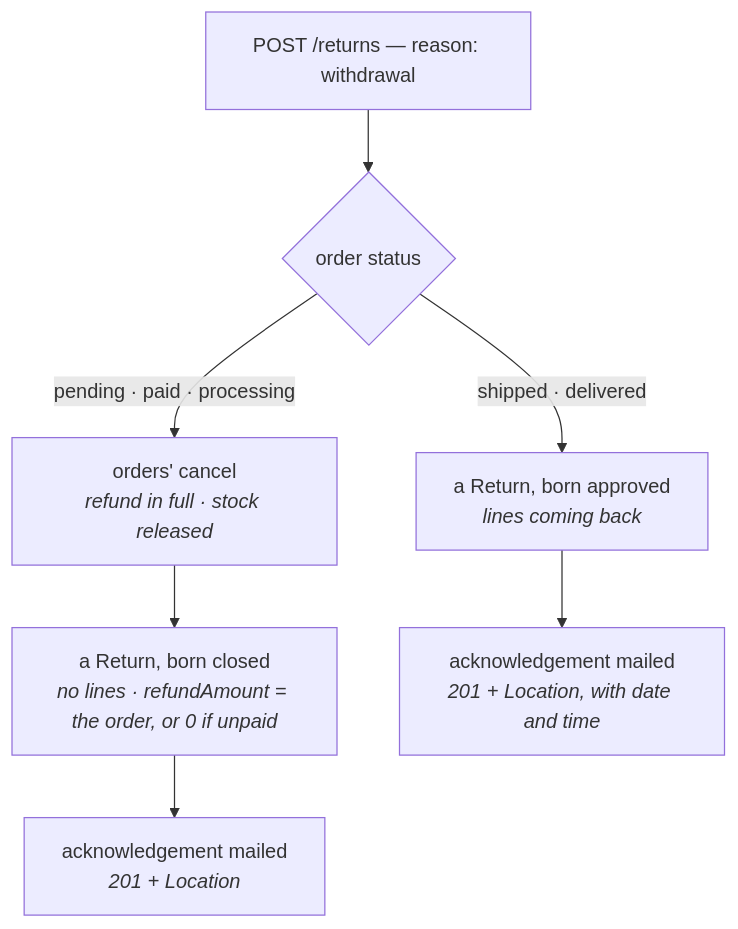
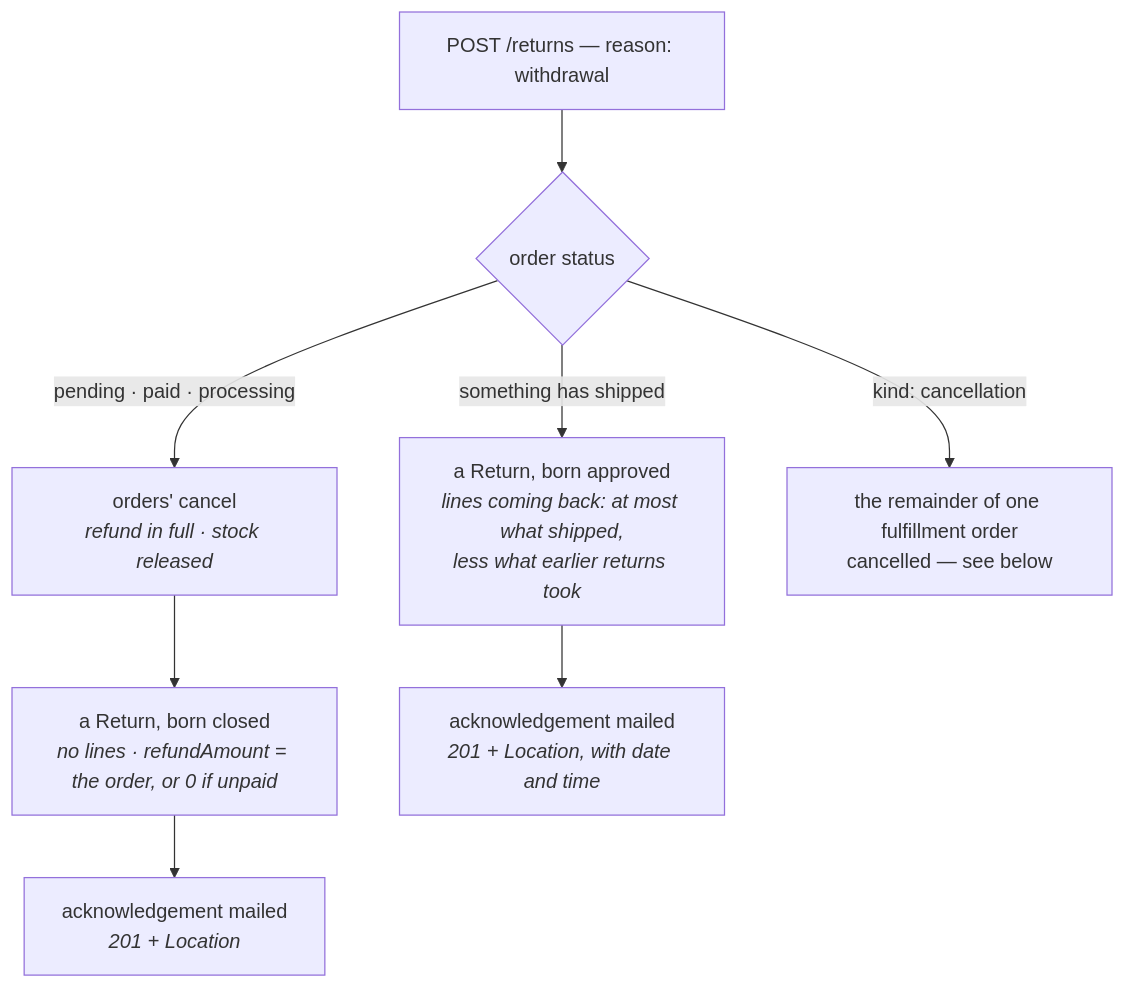
The third of 5 diagrams in docs/modules/returns.md (Guebbit/boilerplate-node-backend), drawn with Mermaid before and after one commit. The commit also changed other lines of this file and 20 other files, not shown here.

First line of the commit message:
docs: describe fulfillment orders, shipments, remainder cancels and the summary

````diff
--- a/docs/modules/returns.md
+++ b/docs/modules/returns.md
@@ -111,9 +112,10 @@
 ```mermaid
 flowchart TD
     A["POST /returns — reason: withdrawal"] --> B{"order status"}
     B -- "pending · paid · processing" --> C["orders' cancel<br/><i>refund in full · stock released</i>"]
     C --> D["a Return, born closed<br/><i>no lines · refundAmount = the order, or 0 if unpaid</i>"]
     D --> G["acknowledgement mailed<br/><i>201 + Location</i>"]
-    B -- "shipped · delivered" --> E["a Return, born approved<br/><i>lines coming back</i>"]
+    B -- "something has shipped" --> E["a Return, born approved<br/><i>lines coming back: at most what shipped,<br/>less what earlier returns took</i>"]
     E --> F["acknowledgement mailed<br/><i>201 + Location, with date and time</i>"]
+    B -- "kind: cancellation" --> X["the remainder of one fulfillment order<br/>cancelled — see below"]
 ```
````
